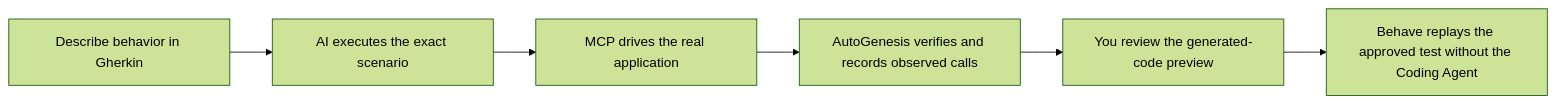
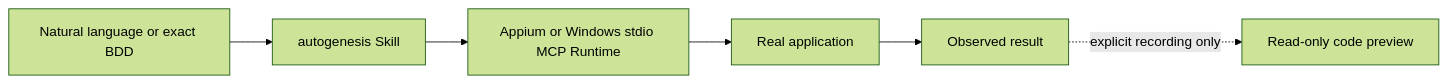
The diagram in README.md (FSQ-lab/AutoGenesis), drawn with Mermaid (forest theme) before and after one commit. The commit also changed other lines of this file, not shown here.

Commit message:
docs: publish canonical Skills Preview onboarding

````diff
--- a/README.md
+++ b/README.md
@@ -58,8 +68,8 @@
 ```mermaid
 flowchart LR
-    A[Describe behavior in Gherkin] --> B[AI executes the exact scenario]
-    B --> C[MCP drives the real application]
-    C --> D[AutoGenesis verifies and records observed calls]
-    D --> E[You review the generated-code preview]
-    E --> F[Behave replays the approved test without the Coding Agent]
+    A[Natural language or exact BDD] --> B[autogenesis Skill]
+    B --> C[Appium or Windows stdio MCP Runtime]
+    C --> D[Real application]
+    D --> E[Observed result]
+    E -. explicit recording only .-> F[Read-only code preview]
 ```
````
